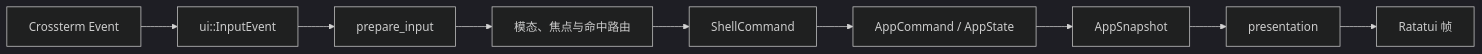
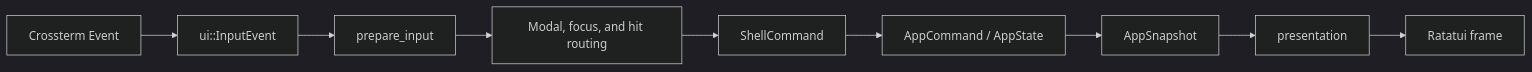
Before and after one commit to peixuanthomas/TundraUX3: the second of 2 diagrams in crates/shell/docs/session.md, drawn with Mermaid (dark theme). The commit also changed other lines of this file and 69 other files, not shown here.

````diff
--- a/crates/shell/docs/session.md
+++ b/crates/shell/docs/session.md
@@ -38,11 +38,11 @@
 ```mermaid
 flowchart LR
     A[Crossterm Event] --> B[ui::InputEvent]
     B --> C[prepare_input]
-    C --> D[模态、焦点与命中路由]
+    C --> D[Modal, focus, and hit routing]
     D --> E[ShellCommand]
     E --> F[AppCommand / AppState]
     F --> G[AppSnapshot]
     G --> H[presentation]
-    H --> I[Ratatui 帧]
+    H --> I[Ratatui frame]
 ```
````
